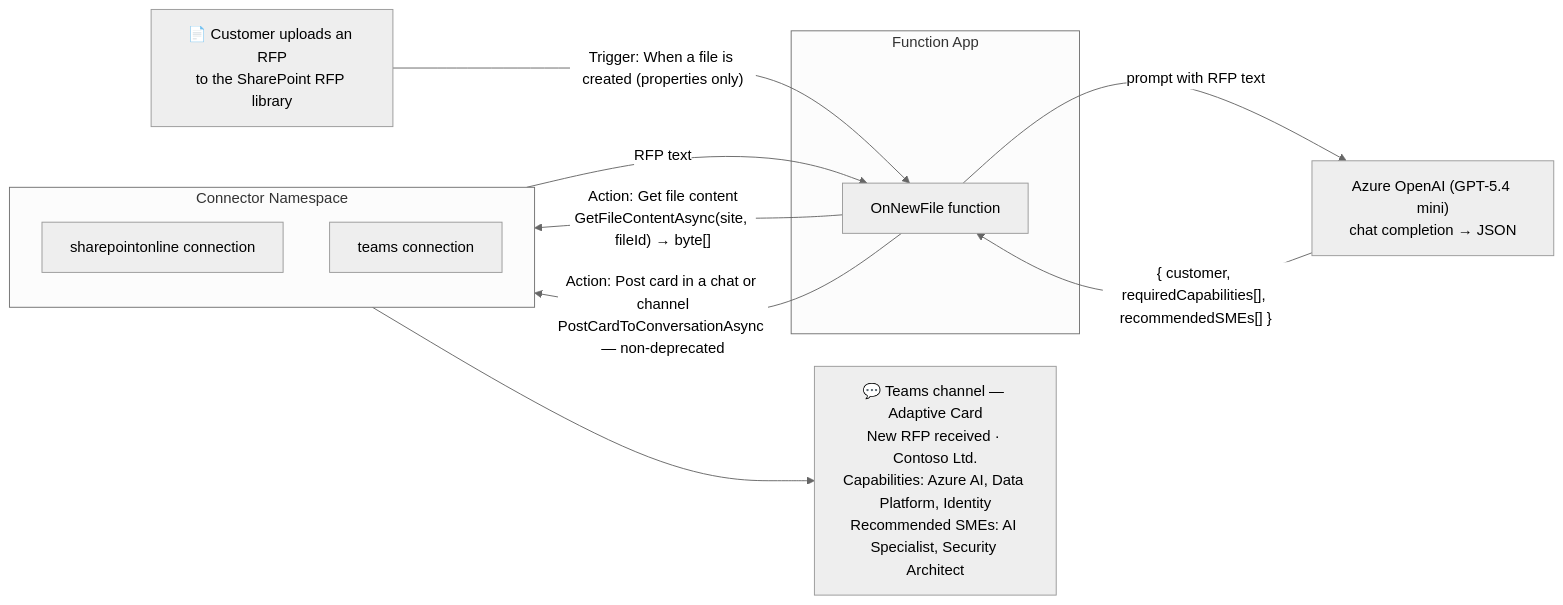
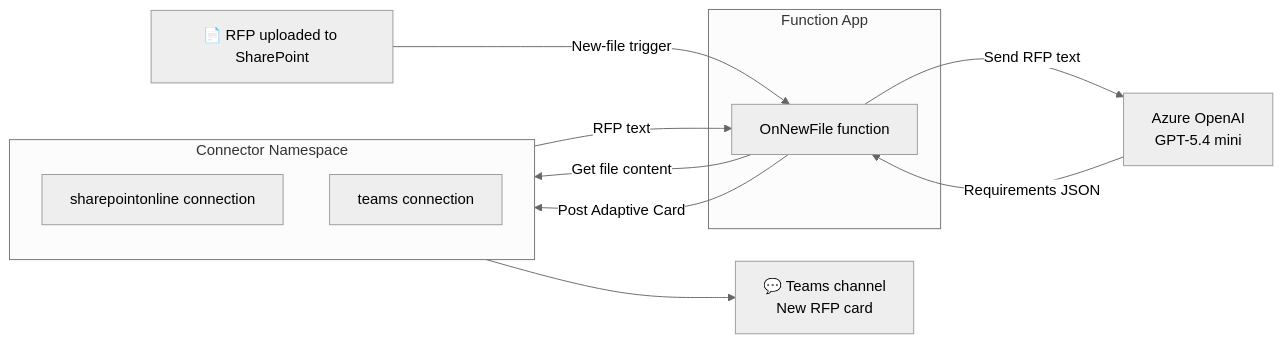
The diagram in README.md (Azure-Samples/functions-connectors-net-rfp-intake-sharepoint-teams), drawn with Mermaid (neutral theme) before and after one commit. The commit also changed other lines of this file and 5 other files, not shown here.

First line of the commit message:
Fix README architecture icon rendering

````diff
--- a/README.md
+++ b/README.md
@@ -16,22 +17,22 @@
 ```mermaid
 flowchart LR
-    A["📄 Customer uploads an RFP<br/>to the SharePoint RFP library"]
-    A -->|"Trigger: When a file is created (properties only)"| B
+    A["📄 RFP uploaded to SharePoint"]
+    A -->|"New-file trigger"| B
 
     subgraph FA["Function App"]
       B["OnNewFile function"]
     end
 
     subgraph CN["Connector Namespace"]
       direction TB
       SP["sharepointonline connection"]
       TM["teams connection"]
     end
 
-    B -->|"Action: Get file content<br/>GetFileContentAsync(site, fileId) → byte[]"| SP
+    B -->|"Get file content"| SP
     SP -->|"RFP text"| B
-    B -->|"prompt with RFP text"| C["Azure OpenAI (GPT-5.4 mini)<br/>chat completion → JSON"]
-    C -->|"{ customer, requiredCapabilities[], recommendedSMEs[] }"| B
-    B -->|"Action: Post card in a chat or channel<br/>PostCardToConversationAsync — non-deprecated"| TM
-    TM --> E["💬 Teams channel — Adaptive Card<br/>New RFP received · Contoso Ltd.<br/>Capabilities: Azure AI, Data Platform, Identity<br/>Recommended SMEs: AI Specialist, Security Architect"]
+    B -->|"Send RFP text"| C["Azure OpenAI<br/>GPT-5.4 mini"]
+    C -->|"Requirements JSON"| B
+    B -->|"Post Adaptive Card"| TM
+    TM --> E["💬 Teams channel<br/>New RFP card"]
 ```
````
